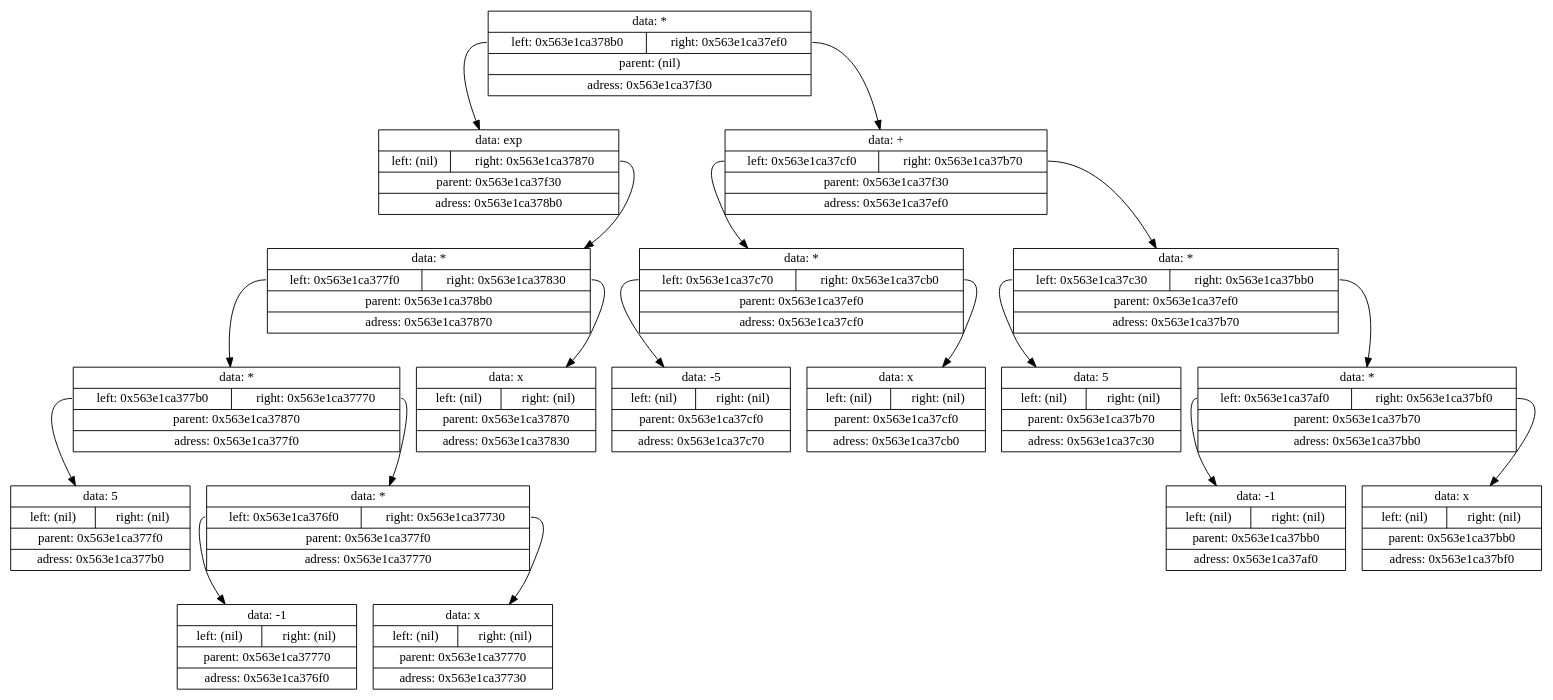
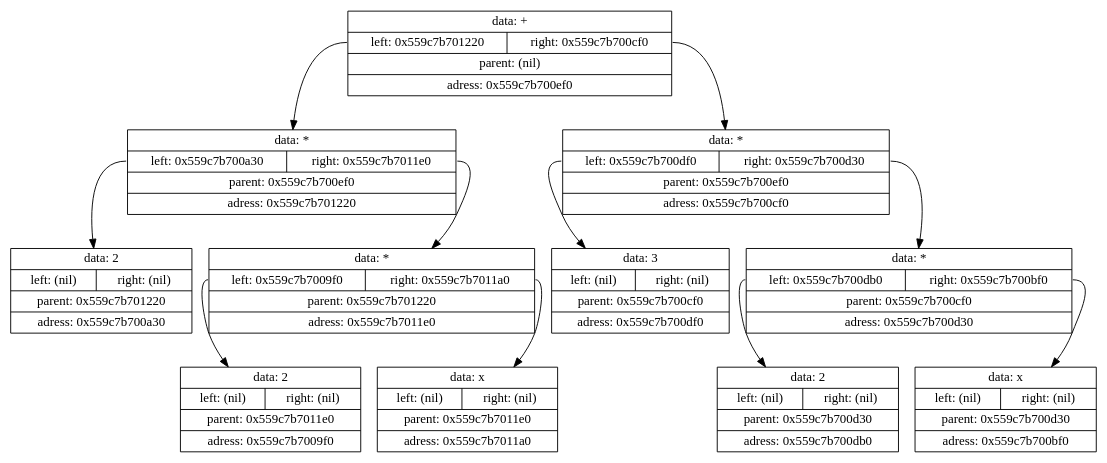
Before and after one commit to Shishqa/MIPT_1sem_C_lang: the diagram in Projects/8.Differenciator/log/tmp/tempautogeneratedlog.gv, drawn with Graphviz. The commit also changed 45 other files, not shown here.

```diff
--- a/Projects/8.Differenciator/log/tmp/tempautogeneratedlog.gv
+++ b/Projects/8.Differenciator/log/tmp/tempautogeneratedlog.gv
@@ -1,39 +1,25 @@
 digraph dump
 {
-	node0x563e1ca37f30 [shape = "record", label = "{<f1>data: *|{<f2>left: 0x563e1ca378b0|<f3>right: 0x563e1ca37ef0}|<f4>parent: (nil)|<f5>adress: 0x563e1ca37f30}"];
-	node0x563e1ca378b0 [shape = "record", label = "{<f1>data: exp|{<f2>left: (nil)|<f3>right: 0x563e1ca37870}|<f4>parent: 0x563e1ca37f30|<f5>adress: 0x563e1ca378b0}"];
-	node0x563e1ca37870 [shape = "record", label = "{<f1>data: *|{<f2>left: 0x563e1ca377f0|<f3>right: 0x563e1ca37830}|<f4>parent: 0x563e1ca378b0|<f5>adress: 0x563e1ca37870}"];
-	node0x563e1ca377f0 [shape = "record", label = "{<f1>data: *|{<f2>left: 0x563e1ca377b0|<f3>right: 0x563e1ca37770}|<f4>parent: 0x563e1ca37870|<f5>adress: 0x563e1ca377f0}"];
-	node0x563e1ca377b0 [shape = "record", label = "{<f1>data: 5|{<f2>left: (nil)|<f3>right: (nil)}|<f4>parent: 0x563e1ca377f0|<f5>adress: 0x563e1ca377b0}"];
-	node0x563e1ca377f0:f2 -> node0x563e1ca377b0
-	node0x563e1ca37770 [shape = "record", label = "{<f1>data: *|{<f2>left: 0x563e1ca376f0|<f3>right: 0x563e1ca37730}|<f4>parent: 0x563e1ca377f0|<f5>adress: 0x563e1ca37770}"];
-	node0x563e1ca376f0 [shape = "record", label = "{<f1>data: -1|{<f2>left: (nil)|<f3>right: (nil)}|<f4>parent: 0x563e1ca37770|<f5>adress: 0x563e1ca376f0}"];
-	node0x563e1ca37770:f2 -> node0x563e1ca376f0
-	node0x563e1ca37730 [shape = "record", label = "{<f1>data: x|{<f2>left: (nil)|<f3>right: (nil)}|<f4>parent: 0x563e1ca37770|<f5>adress: 0x563e1ca37730}"];
-	node0x563e1ca37770:f3 -> node0x563e1ca37730
-	node0x563e1ca377f0:f3 -> node0x563e1ca37770
-	node0x563e1ca37870:f2 -> node0x563e1ca377f0
-	node0x563e1ca37830 [shape = "record", label = "{<f1>data: x|{<f2>left: (nil)|<f3>right: (nil)}|<f4>parent: 0x563e1ca37870|<f5>adress: 0x563e1ca37830}"];
-	node0x563e1ca37870:f3 -> node0x563e1ca37830
-	node0x563e1ca378b0:f3 -> node0x563e1ca37870
-	node0x563e1ca37f30:f2 -> node0x563e1ca378b0
-	node0x563e1ca37ef0 [shape = "record", label = "{<f1>data: +|{<f2>left: 0x563e1ca37cf0|<f3>right: 0x563e1ca37b70}|<f4>parent: 0x563e1ca37f30|<f5>adress: 0x563e1ca37ef0}"];
-	node0x563e1ca37cf0 [shape = "record", label = "{<f1>data: *|{<f2>left: 0x563e1ca37c70|<f3>right: 0x563e1ca37cb0}|<f4>parent: 0x563e1ca37ef0|<f5>adress: 0x563e1ca37cf0}"];
-	node0x563e1ca37c70 [shape = "record", label = "{<f1>data: -5|{<f2>left: (nil)|<f3>right: (nil)}|<f4>parent: 0x563e1ca37cf0|<f5>adress: 0x563e1ca37c70}"];
-	node0x563e1ca37cf0:f2 -> node0x563e1ca37c70
-	node0x563e1ca37cb0 [shape = "record", label = "{<f1>data: x|{<f2>left: (nil)|<f3>right: (nil)}|<f4>parent: 0x563e1ca37cf0|<f5>adress: 0x563e1ca37cb0}"];
-	node0x563e1ca37cf0:f3 -> node0x563e1ca37cb0
-	node0x563e1ca37ef0:f2 -> node0x563e1ca37cf0
-	node0x563e1ca37b70 [shape = "record", label = "{<f1>data: *|{<f2>left: 0x563e1ca37c30|<f3>right: 0x563e1ca37bb0}|<f4>parent: 0x563e1ca37ef0|<f5>adress: 0x563e1ca37b70}"];
-	node0x563e1ca37c30 [shape = "record", label = "{<f1>data: 5|{<f2>left: (nil)|<f3>right: (nil)}|<f4>parent: 0x563e1ca37b70|<f5>adress: 0x563e1ca37c30}"];
-	node0x563e1ca37b70:f2 -> node0x563e1ca37c30
-	node0x563e1ca37bb0 [shape = "record", label = "{<f1>data: *|{<f2>left: 0x563e1ca37af0|<f3>right: 0x563e1ca37bf0}|<f4>parent: 0x563e1ca37b70|<f5>adress: 0x563e1ca37bb0}"];
-	node0x563e1ca37af0 [shape = "record", label = "{<f1>data: -1|{<f2>left: (nil)|<f3>right: (nil)}|<f4>parent: 0x563e1ca37bb0|<f5>adress: 0x563e1ca37af0}"];
-	node0x563e1ca37bb0:f2 -> node0x563e1ca37af0
-	node0x563e1ca37bf0 [shape = "record", label = "{<f1>data: x|{<f2>left: (nil)|<f3>right: (nil)}|<f4>parent: 0x563e1ca37bb0|<f5>adress: 0x563e1ca37bf0}"];
-	node0x563e1ca37bb0:f3 -> node0x563e1ca37bf0
-	node0x563e1ca37b70:f3 -> node0x563e1ca37bb0
-	node0x563e1ca37ef0:f3 -> node0x563e1ca37b70
-	node0x563e1ca37f30:f3 -> node0x563e1ca37ef0
+	node0x559c7b700ef0 [shape = "record", label = "{<f1>data: +|{<f2>left: 0x559c7b701220|<f3>right: 0x559c7b700cf0}|<f4>parent: (nil)|<f5>adress: 0x559c7b700ef0}"];
+	node0x559c7b701220 [shape = "record", label = "{<f1>data: *|{<f2>left: 0x559c7b700a30|<f3>right: 0x559c7b7011e0}|<f4>parent: 0x559c7b700ef0|<f5>adress: 0x559c7b701220}"];
+	node0x559c7b700a30 [shape = "record", label = "{<f1>data: 2|{<f2>left: (nil)|<f3>right: (nil)}|<f4>parent: 0x559c7b701220|<f5>adress: 0x559c7b700a30}"];
+	node0x559c7b701220:f2 -> node0x559c7b700a30
+	node0x559c7b7011e0 [shape = "record", label = "{<f1>data: *|{<f2>left: 0x559c7b7009f0|<f3>right: 0x559c7b7011a0}|<f4>parent: 0x559c7b701220|<f5>adress: 0x559c7b7011e0}"];
+	node0x559c7b7009f0 [shape = "record", label = "{<f1>data: 2|{<f2>left: (nil)|<f3>right: (nil)}|<f4>parent: 0x559c7b7011e0|<f5>adress: 0x559c7b7009f0}"];
+	node0x559c7b7011e0:f2 -> node0x559c7b7009f0
+	node0x559c7b7011a0 [shape = "record", label = "{<f1>data: x|{<f2>left: (nil)|<f3>right: (nil)}|<f4>parent: 0x559c7b7011e0|<f5>adress: 0x559c7b7011a0}"];
+	node0x559c7b7011e0:f3 -> node0x559c7b7011a0
+	node0x559c7b701220:f3 -> node0x559c7b7011e0
+	node0x559c7b700ef0:f2 -> node0x559c7b701220
+	node0x559c7b700cf0 [shape = "record", label = "{<f1>data: *|{<f2>left: 0x559c7b700df0|<f3>right: 0x559c7b700d30}|<f4>parent: 0x559c7b700ef0|<f5>adress: 0x559c7b700cf0}"];
+	node0x559c7b700df0 [shape = "record", label = "{<f1>data: 3|{<f2>left: (nil)|<f3>right: (nil)}|<f4>parent: 0x559c7b700cf0|<f5>adress: 0x559c7b700df0}"];
+	node0x559c7b700cf0:f2 -> node0x559c7b700df0
+	node0x559c7b700d30 [shape = "record", label = "{<f1>data: *|{<f2>left: 0x559c7b700db0|<f3>right: 0x559c7b700bf0}|<f4>parent: 0x559c7b700cf0|<f5>adress: 0x559c7b700d30}"];
+	node0x559c7b700db0 [shape = "record", label = "{<f1>data: 2|{<f2>left: (nil)|<f3>right: (nil)}|<f4>parent: 0x559c7b700d30|<f5>adress: 0x559c7b700db0}"];
+	node0x559c7b700d30:f2 -> node0x559c7b700db0
+	node0x559c7b700bf0 [shape = "record", label = "{<f1>data: x|{<f2>left: (nil)|<f3>right: (nil)}|<f4>parent: 0x559c7b700d30|<f5>adress: 0x559c7b700bf0}"];
+	node0x559c7b700d30:f3 -> node0x559c7b700bf0
+	node0x559c7b700cf0:f3 -> node0x559c7b700d30
+	node0x559c7b700ef0:f3 -> node0x559c7b700cf0
 
 }
```
